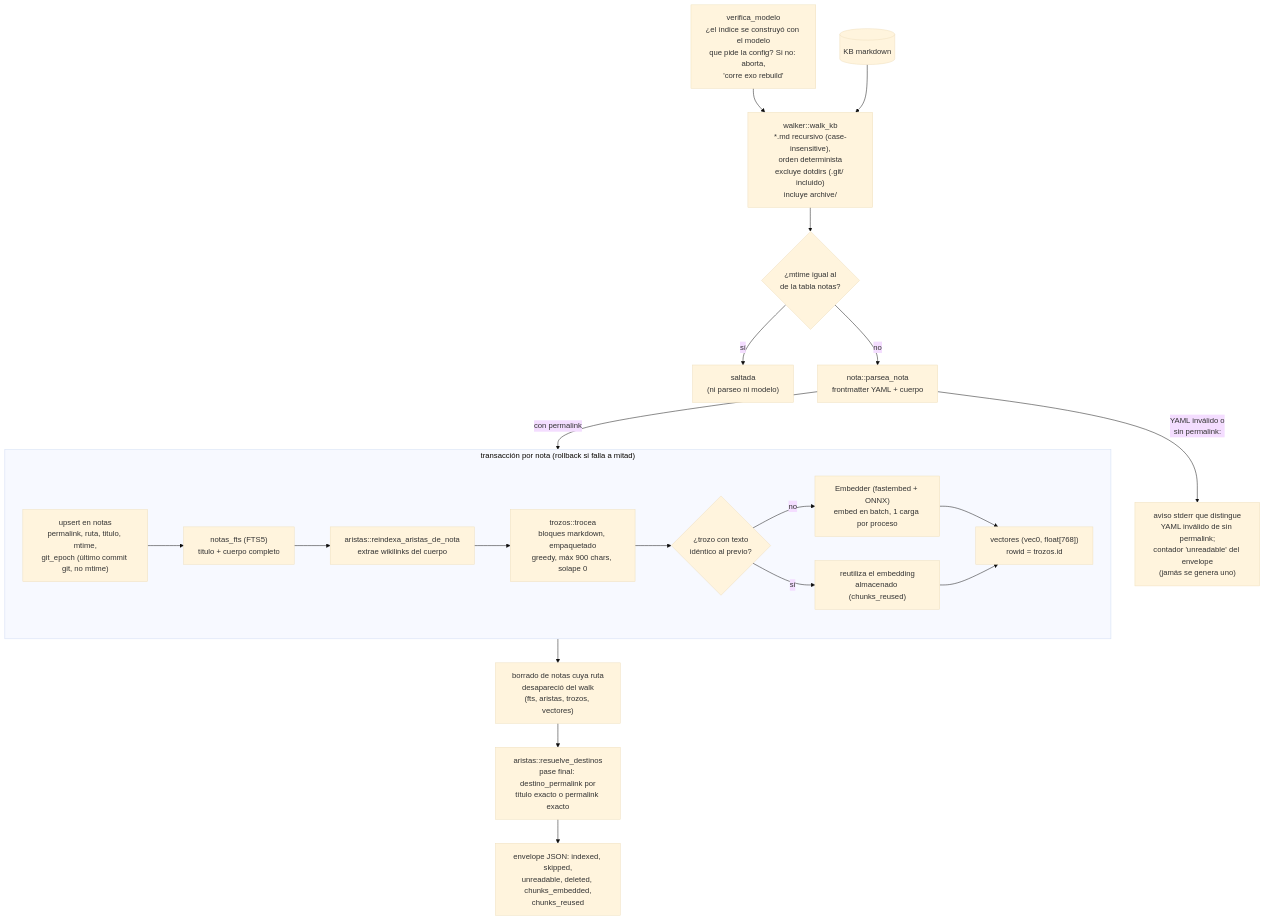
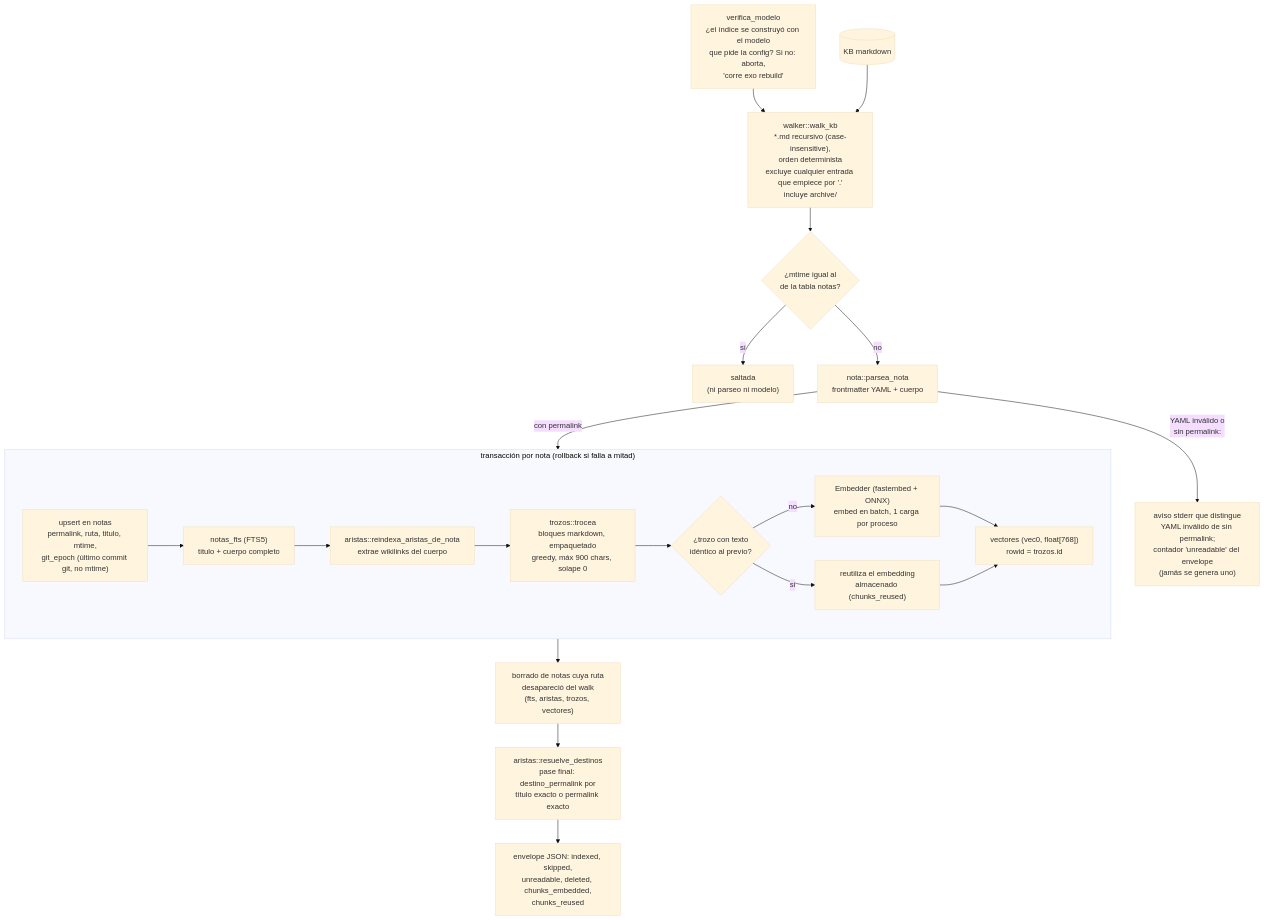
Before and after one commit to pguerrerolinares/exo: the second of 4 diagrams in docs/arquitectura.md, drawn with Mermaid (base theme). The commit also changed other lines of this file, not shown here.

````diff
--- a/docs/arquitectura.md
+++ b/docs/arquitectura.md
@@ -103,26 +123,26 @@
 ```mermaid
 flowchart TD
     GUARD["verifica_modelo<br/>¿el índice se construyó con el modelo<br/>que pide la config? Si no: aborta,<br/>'corre exo rebuild'"] --> WALK
-    KB[("KB markdown")] --> WALK["walker::walk_kb<br/>*.md recursivo (case-insensitive),<br/>orden determinista<br/>excluye dotdirs (.git/ incluido)<br/>incluye archive/"]
+    KB[("KB markdown")] --> WALK["walker::walk_kb<br/>*.md recursivo (case-insensitive),<br/>orden determinista<br/>excluye cualquier entrada que empiece por '.'<br/>incluye archive/"]
     WALK --> MT{"¿mtime igual al<br/>de la tabla notas?"}
     MT -->|"sí"| SKIP["saltada<br/>(ni parseo ni modelo)"]
     MT -->|"no"| PARSE["nota::parsea_nota<br/>frontmatter YAML + cuerpo"]
     PARSE -->|"YAML inválido o<br/>sin permalink:"| WARN["aviso stderr que distingue<br/>YAML inválido de sin permalink;<br/>contador 'unreadable' del envelope<br/>(jamás se genera uno)"]
     PARSE -->|"con permalink"| TX
     subgraph TX["transacción por nota (rollback si falla a mitad)"]
         NOTAS["upsert en notas<br/>permalink, ruta, titulo, mtime,<br/>git_epoch (último commit git, no mtime)"]
         FTS["notas_fts (FTS5)<br/>titulo + cuerpo completo"]
         AR["aristas::reindexa_aristas_de_nota<br/>extrae wikilinks del cuerpo"]
         TR["trozos::trocea<br/>bloques markdown, empaquetado<br/>greedy, máx 900 chars, solape 0"]
         CACHE{"¿trozo con texto<br/>idéntico al previo?"}
         EMB["Embedder (fastembed + ONNX)<br/>embed en batch, 1 carga por proceso"]
         VEC["vectores (vec0, float[768])<br/>rowid = trozos.id"]
         NOTAS --> FTS --> AR --> TR --> CACHE
         CACHE -->|"sí"| REUSA["reutiliza el embedding<br/>almacenado (chunks_reused)"]
         CACHE -->|"no"| EMB --> VEC
         REUSA --> VEC
     end
     TX --> DEL["borrado de notas cuya ruta<br/>desapareció del walk<br/>(fts, aristas, trozos, vectores)"]
     DEL --> RES["aristas::resuelve_destinos<br/>pase final: destino_permalink por<br/>título exacto o permalink exacto"]
     RES --> ENV["envelope JSON: indexed, skipped,<br/>unreadable, deleted, chunks_embedded,<br/>chunks_reused"]
 ```
````
